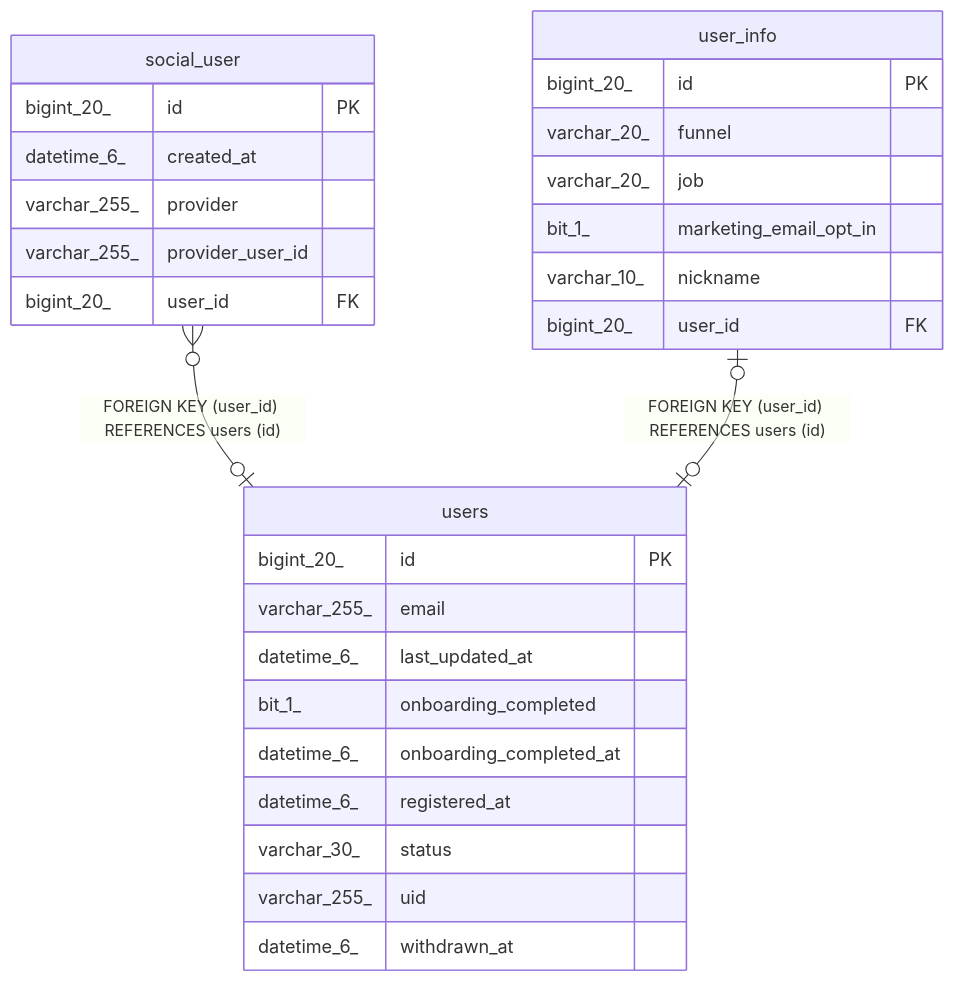
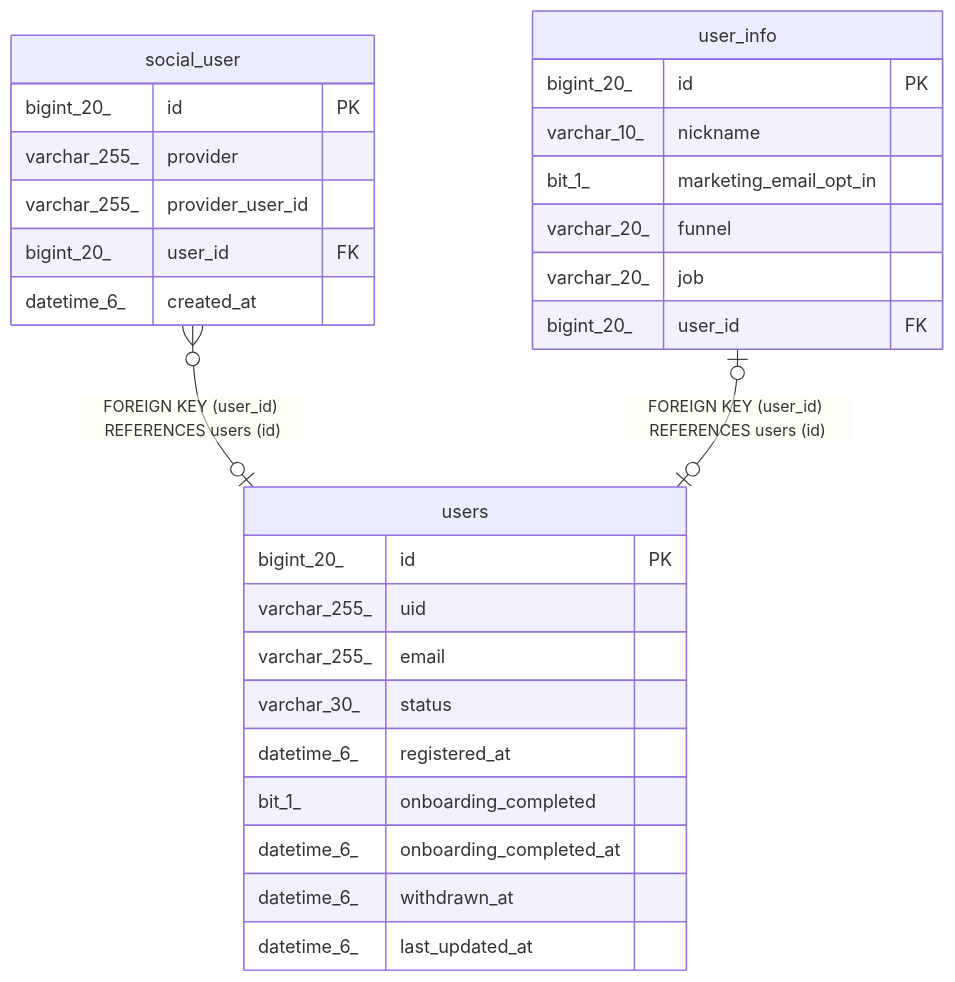
Before and after one commit to makevook/vook-server: the diagram in docs/schema/users.md, drawn with Mermaid. The commit also changed other lines of this file and 11 other files, not shown here.

````diff
--- a/docs/schema/users.md
+++ b/docs/schema/users.md
@@ -56,33 +58,33 @@
 ```mermaid
 erDiagram
 
 "social_user" }o--o| "users" : "FOREIGN KEY (user_id) REFERENCES users (id)"
 "user_info" |o--o| "users" : "FOREIGN KEY (user_id) REFERENCES users (id)"
 
 "users" {
   bigint_20_ id PK
+  varchar_255_ uid
   varchar_255_ email
-  datetime_6_ last_updated_at
+  varchar_30_ status
+  datetime_6_ registered_at
   bit_1_ onboarding_completed
   datetime_6_ onboarding_completed_at
-  datetime_6_ registered_at
-  varchar_30_ status
-  varchar_255_ uid
   datetime_6_ withdrawn_at
+  datetime_6_ last_updated_at
 }
 "social_user" {
   bigint_20_ id PK
-  datetime_6_ created_at
   varchar_255_ provider
   varchar_255_ provider_user_id
   bigint_20_ user_id FK
+  datetime_6_ created_at
 }
 "user_info" {
   bigint_20_ id PK
+  varchar_10_ nickname
+  bit_1_ marketing_email_opt_in
   varchar_20_ funnel
   varchar_20_ job
-  bit_1_ marketing_email_opt_in
-  varchar_10_ nickname
   bigint_20_ user_id FK
 }
 ```
````
